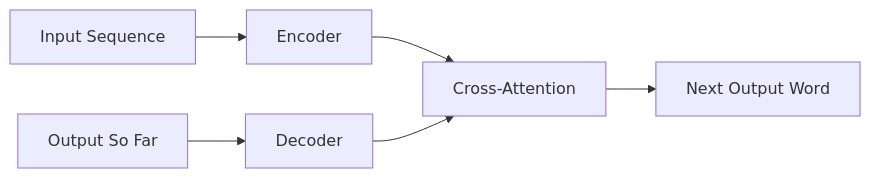
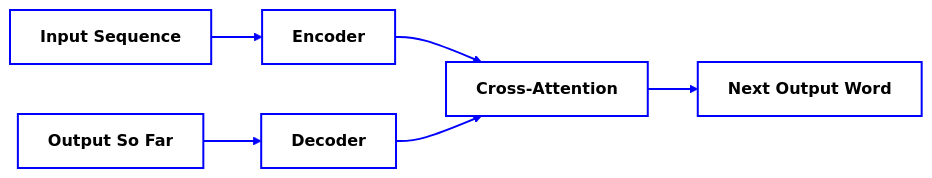
Before and after one commit to antomon/antomon.github.io: the fourth of 5 diagrams in posts/attentions/index.qmd, drawn with Mermaid. The commit also changed other lines of this file and 6 other files, not shown here.

````diff
--- a/posts/attentions/index.qmd
+++ b/posts/attentions/index.qmd
@@ -127,8 +140,13 @@
 ```{mermaid}
+%%| fig-cap: Sparse Attention mechanism
+%%| fig-align: center
 flowchart LR
+    classDef default fill:#ffffff,stroke:#0000ff,stroke-width:2px,color:#000000,font-weight:bold
+    linkStyle default stroke:#0000ff,stroke-width:2px
+
     A[Input Sequence] --> B[Encoder]
     B --> C[Cross-Attention]
     D[Output So Far] --> E[Decoder]
     E --> C
     C --> F[Next Output Word]
 ```
````
